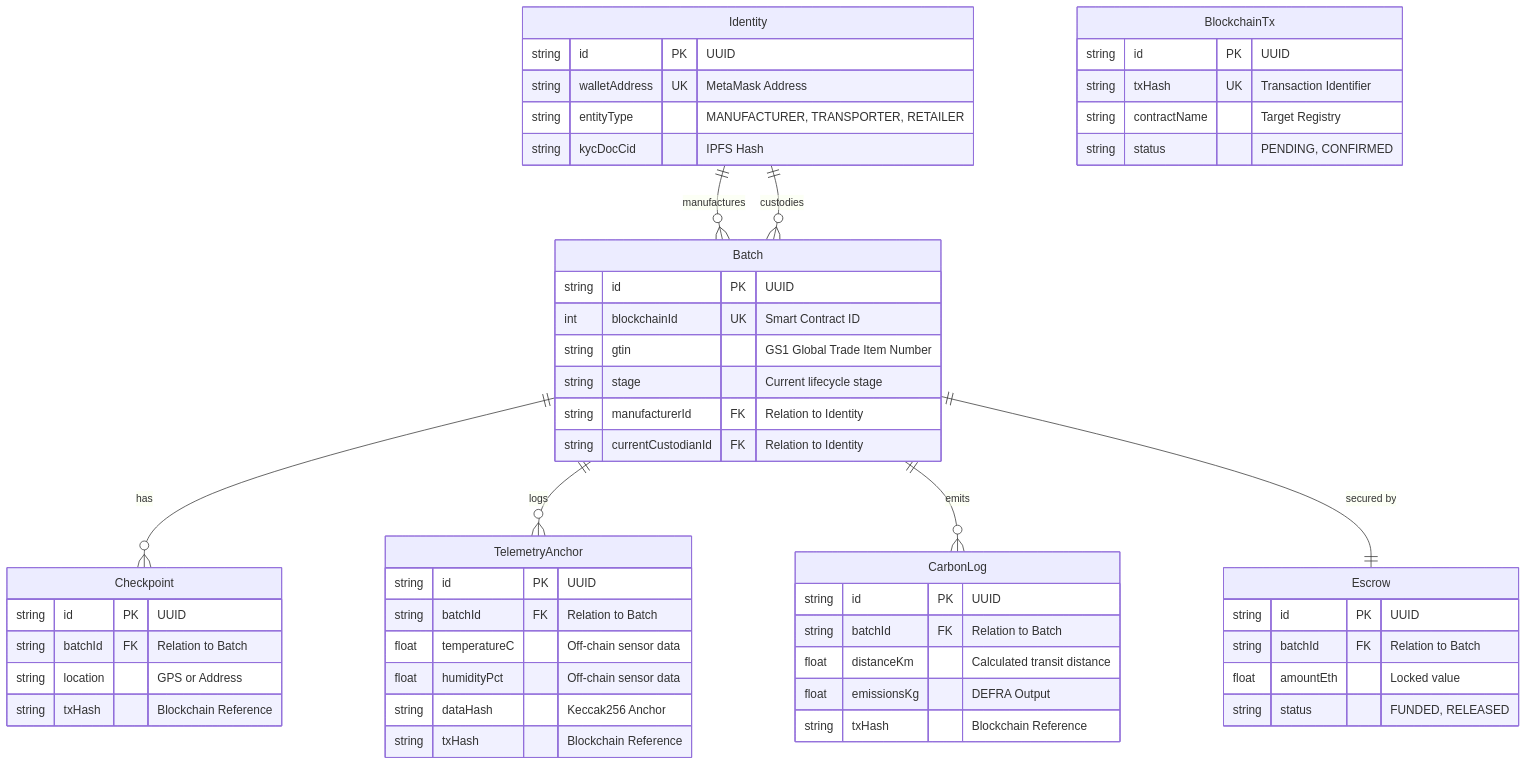
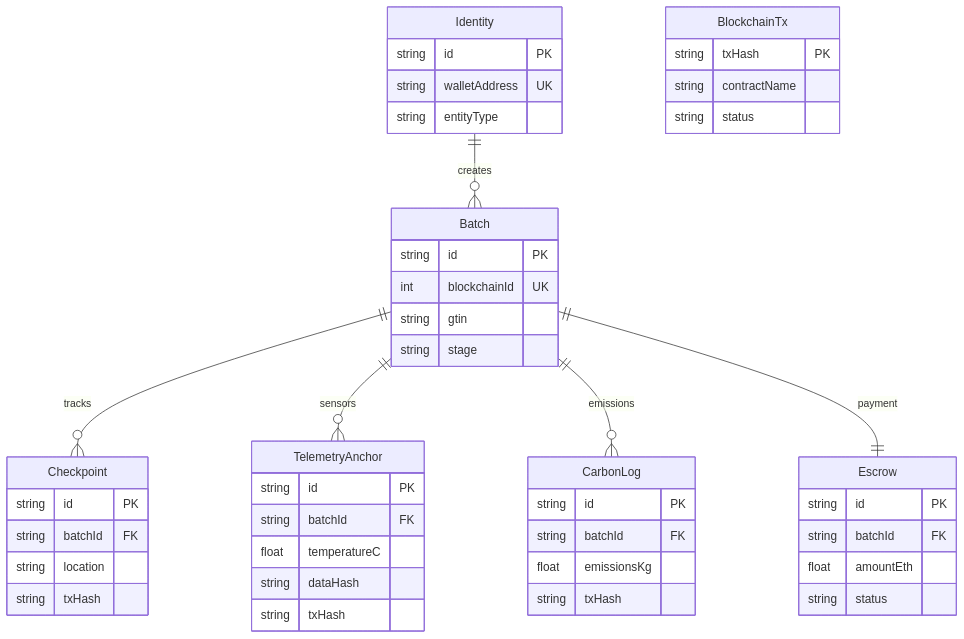
One commit to mohitdeshmukhdev/MST-SupplyChain changed the third of 3 diagrams in README.md. Above: the diagram before and after it, drawn with Mermaid. The commit also changed other lines of this file, not shown here.

Commit message:
Fix diagram formatting

````diff
--- a/README.md
+++ b/README.md
@@ -131,57 +104,50 @@
 ```mermaid
 erDiagram
     Identity {
-        string id PK "UUID"
-        string walletAddress UK "MetaMask Address"
-        string entityType "MANUFACTURER, TRANSPORTER, RETAILER"
-        string kycDocCid "IPFS Hash"
+        string id PK
+        string walletAddress UK
+        string entityType
     }
     Batch {
-        string id PK "UUID"
-        int blockchainId UK "Smart Contract ID"
-        string gtin "GS1 Global Trade Item Number"
-        string stage "Current lifecycle stage"
-        string manufacturerId FK "Relation to Identity"
-        string currentCustodianId FK "Relation to Identity"
+        string id PK
+        int blockchainId UK
+        string gtin
+        string stage
     }
     Checkpoint {
-        string id PK "UUID"
-        string batchId FK "Relation to Batch"
-        string location "GPS or Address"
-        string txHash "Blockchain Reference"
+        string id PK
+        string batchId FK
+        string location
+        string txHash
     }
     TelemetryAnchor {
-        string id PK "UUID"
-        string batchId FK "Relation to Batch"
-        float temperatureC "Off-chain sensor data"
-        float humidityPct "Off-chain sensor data"
-        string dataHash "Keccak256 Anchor"
-        string txHash "Blockchain Reference"
+        string id PK
+        string batchId FK
+        float temperatureC
+        string dataHash
+        string txHash
     }
     CarbonLog {
-        string id PK "UUID"
-        string batchId FK "Relation to Batch"
-        float distanceKm "Calculated transit distance"
-        float emissionsKg "DEFRA Output"
-        string txHash "Blockchain Reference"
+        string id PK
+        string batchId FK
+        float emissionsKg
+        string txHash
     }
     Escrow {
-        string id PK "UUID"
-        string batchId FK "Relation to Batch"
-        float amountEth "Locked value"
-        string status "FUNDED, RELEASED"
+        string id PK
+        string batchId FK
+        float amountEth
+        string status
     }
     BlockchainTx {
-        string id PK "UUID"
-        string txHash UK "Transaction Identifier"
-        string contractName "Target Registry"
-        string status "PENDING, CONFIRMED"
+        string txHash PK
+        string contractName
+        string status
     }
 
-    Identity ||--o{ Batch : "manufactures"
-    Identity ||--o{ Batch : "custodies"
-    Batch ||--o{ Checkpoint : "has"
-    Batch ||--o{ TelemetryAnchor : "logs"
-    Batch ||--o{ CarbonLog : "emits"
-    Batch ||--|| Escrow : "secured by"
+    Identity ||--o{ Batch : "creates"
+    Batch ||--o{ Checkpoint : "tracks"
+    Batch ||--o{ TelemetryAnchor : "sensors"
+    Batch ||--o{ CarbonLog : "emissions"
+    Batch ||--|| Escrow : "payment"
 ```
````
